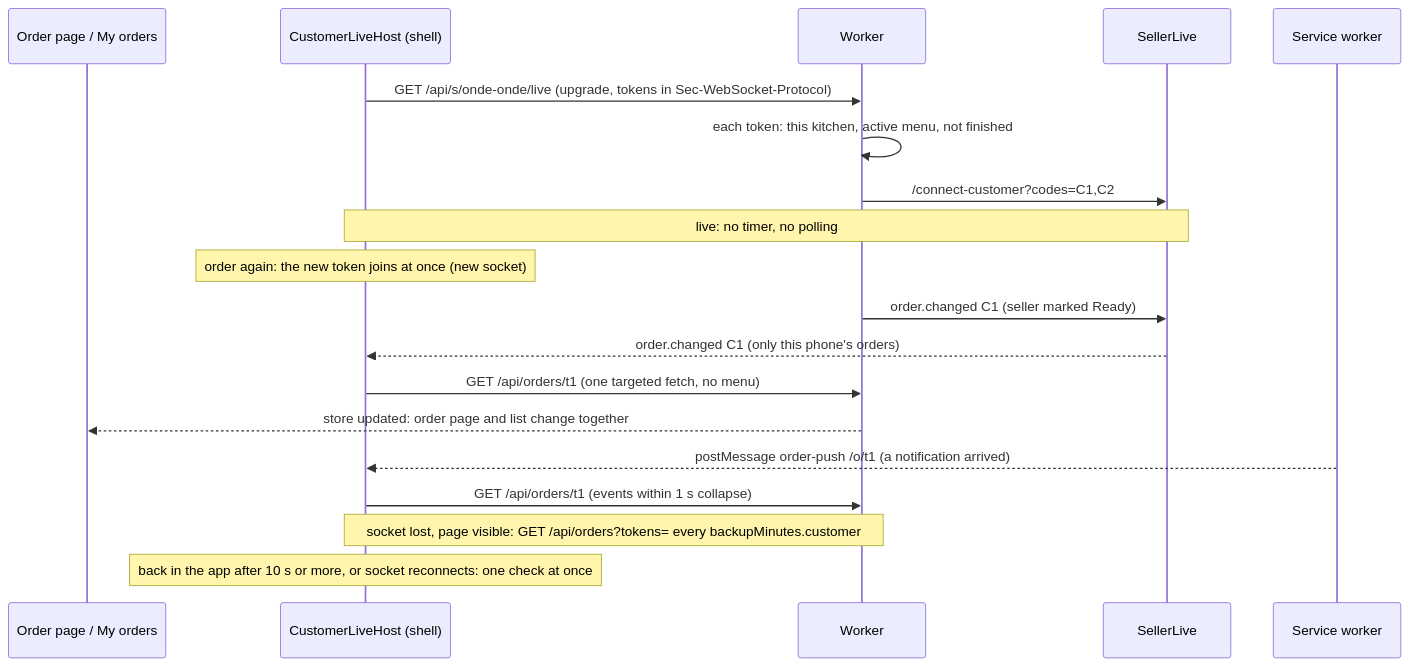
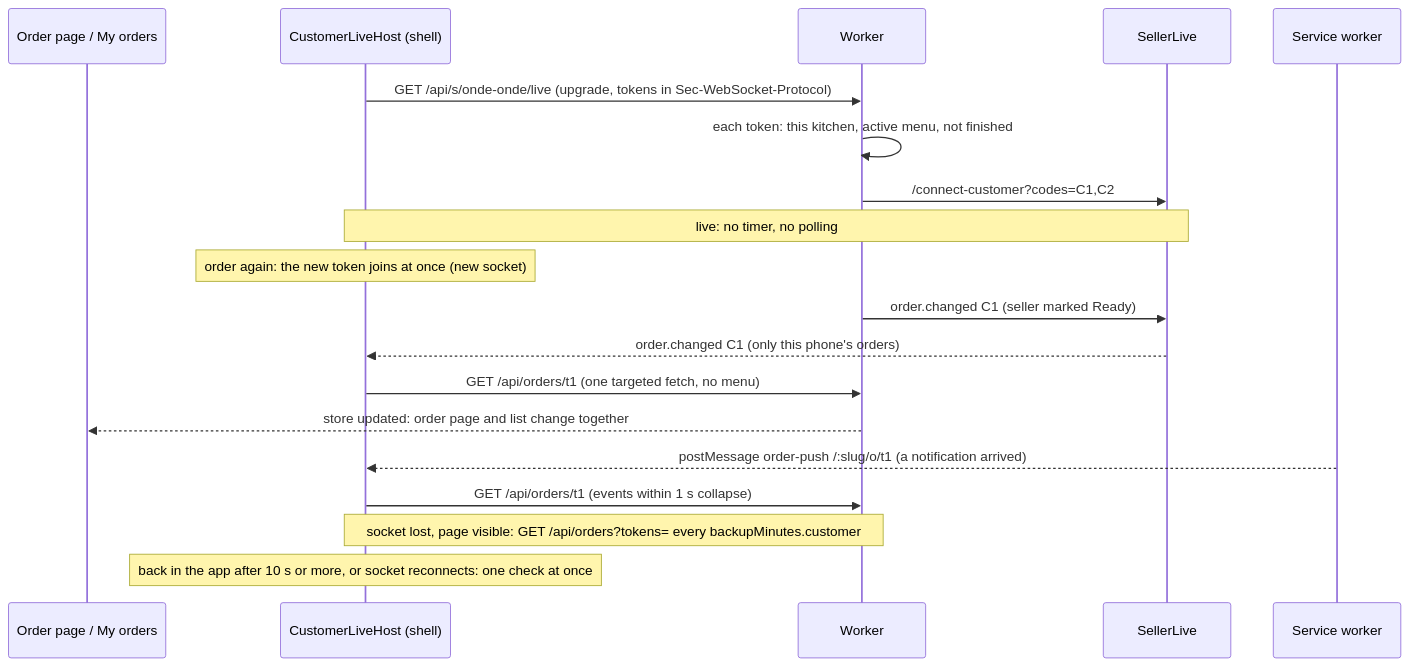
One commit to Andra-Parwita/OrderingApp changed diagram 11 of 11 in docs/architecture/sequences.md. Above: the diagram before and after it, drawn with Mermaid. The commit also changed other lines of this file and 117 other files, not shown here.

````diff
--- a/docs/architecture/sequences.md
+++ b/docs/architecture/sequences.md
@@ -294,21 +294,21 @@
 ```mermaid
 sequenceDiagram
     participant P as Order page / My orders
     participant H as CustomerLiveHost (shell)
     participant W as Worker
     participant DO as SellerLive
     participant SW as Service worker
     H->>W: GET /api/s/onde-onde/live (upgrade, tokens in Sec-WebSocket-Protocol)
     W->>W: each token: this kitchen, active menu, not finished
     W->>DO: /connect-customer?codes=C1,C2
     Note over H,DO: live: no timer, no polling
     Note over H: order again: the new token joins at once (new socket)
     W->>DO: order.changed C1 (seller marked Ready)
     DO-->>H: order.changed C1 (only this phone's orders)
     H->>W: GET /api/orders/t1 (one targeted fetch, no menu)
     W-->>P: store updated: order page and list change together
-    SW-->>H: postMessage order-push /o/t1 (a notification arrived)
+    SW-->>H: postMessage order-push /:slug/o/t1 (a notification arrived)
     H->>W: GET /api/orders/t1 (events within 1 s collapse)
     Note over H,W: socket lost, page visible: GET /api/orders?tokens= every backupMinutes.customer
     Note over H: back in the app after 10 s or more, or socket reconnects: one check at once
 ```
````
